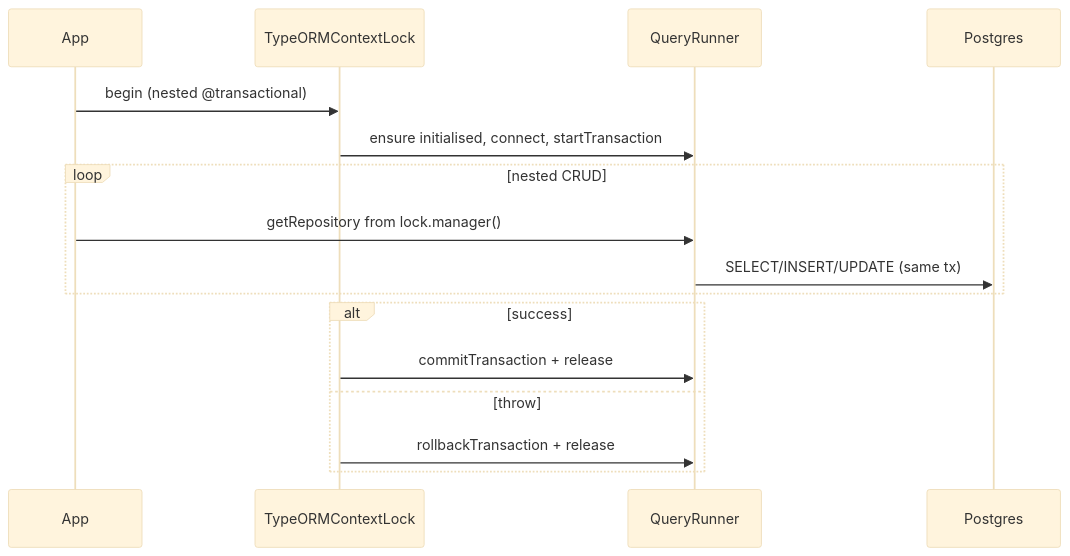
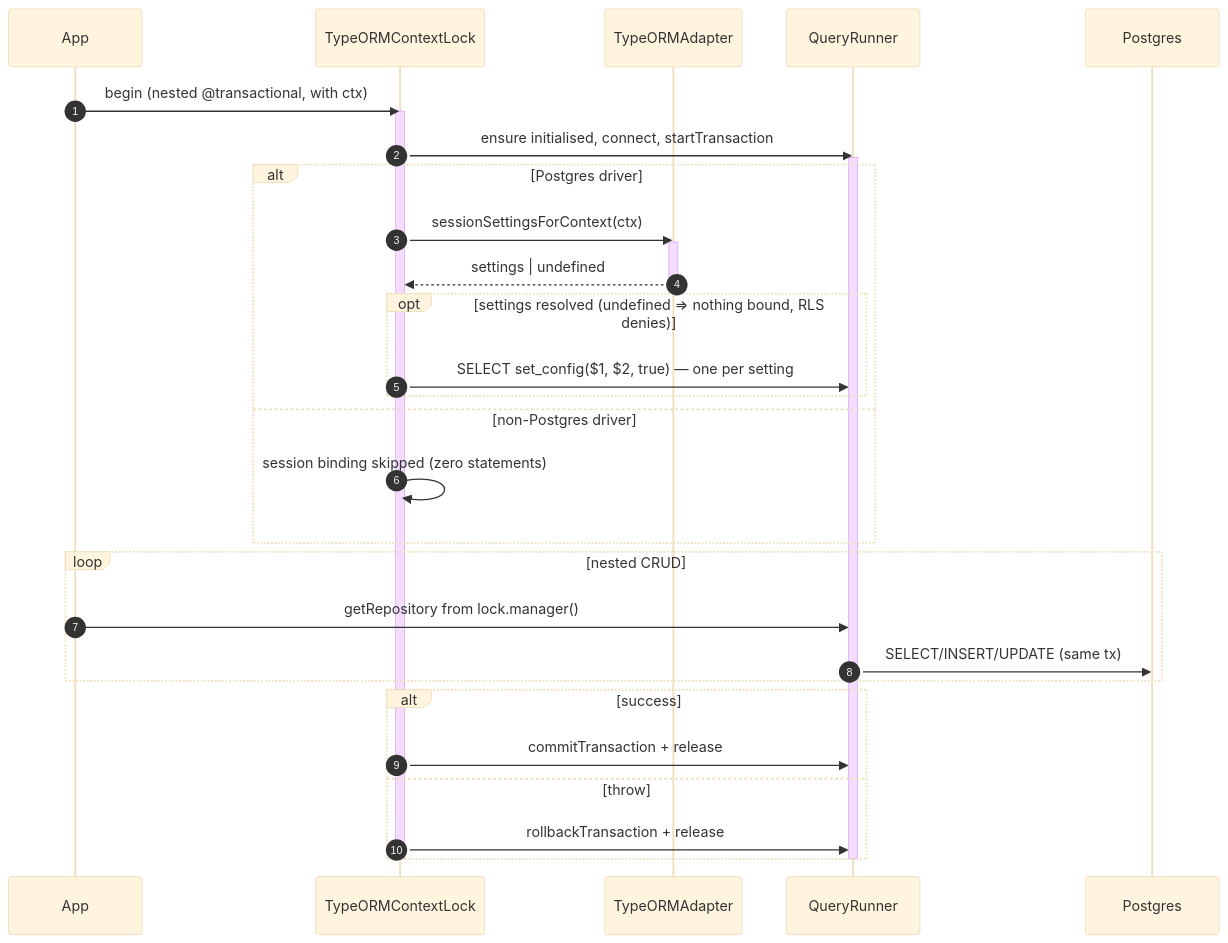
The seventh of 11 diagrams in workdocs/ai/project/technical-docs/architecture-handbook/04-persistence-adapters.md (decaf-ts/decaf-ts), drawn with Mermaid (base theme) before and after one commit. The commit also changed other lines of this file and 4 other files, not shown here.

Commit message:
DECAF-809: record the config-driven RLS principal binding in the technical docs and bump the for-typeorm, integrations and as-graph gitlinks

````diff
--- a/workdocs/ai/project/technical-docs/architecture-handbook/04-persistence-adapters.md
+++ b/workdocs/ai/project/technical-docs/architecture-handbook/04-persistence-adapters.md
@@ -697,19 +717,36 @@
 ```mermaid
 sequenceDiagram
+  autonumber
   participant App
   participant TL as TypeORMContextLock
+  participant Adapt as TypeORMAdapter
   participant QR as QueryRunner
   participant DB as Postgres
 
-  App->>TL: begin (nested @transactional)
+  App->>TL: begin (nested @transactional, with ctx)
+  activate TL
   TL->>QR: ensure initialised, connect, startTransaction
+  activate QR
+  alt Postgres driver
+    TL->>Adapt: sessionSettingsForContext(ctx)
+    activate Adapt
+    Adapt-->>TL: settings | undefined
+    deactivate Adapt
+    opt settings resolved (undefined ⇒ nothing bound, RLS denies)
+      TL->>QR: SELECT set_config($1, $2, true) — one per setting
+    end
+  else non-Postgres driver
+    TL->>TL: session binding skipped (zero statements)
+  end
   loop nested CRUD
     App->>QR: getRepository from lock.manager()
     QR->>DB: SELECT/INSERT/UPDATE (same tx)
   end
   alt success
     TL->>QR: commitTransaction + release
   else throw
     TL->>QR: rollbackTransaction + release
   end
+  deactivate QR
+  deactivate TL
 ```
````
